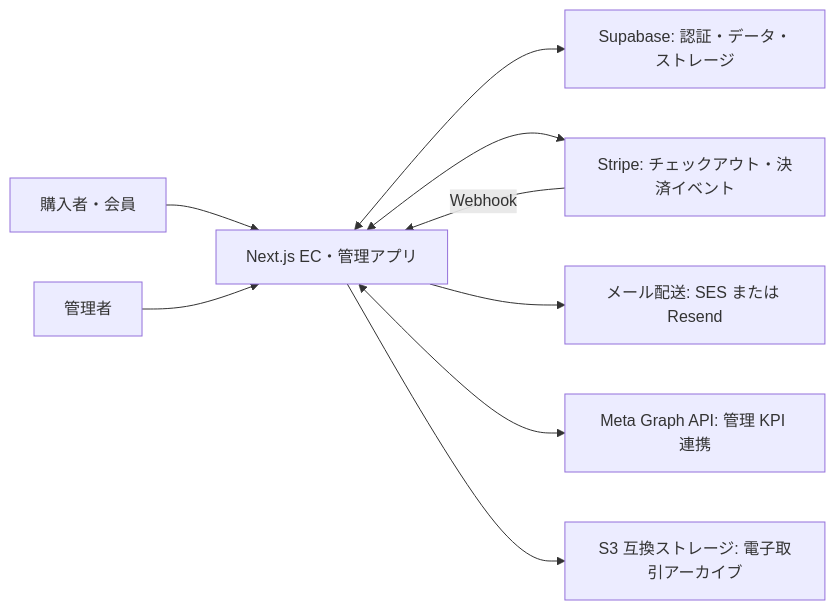
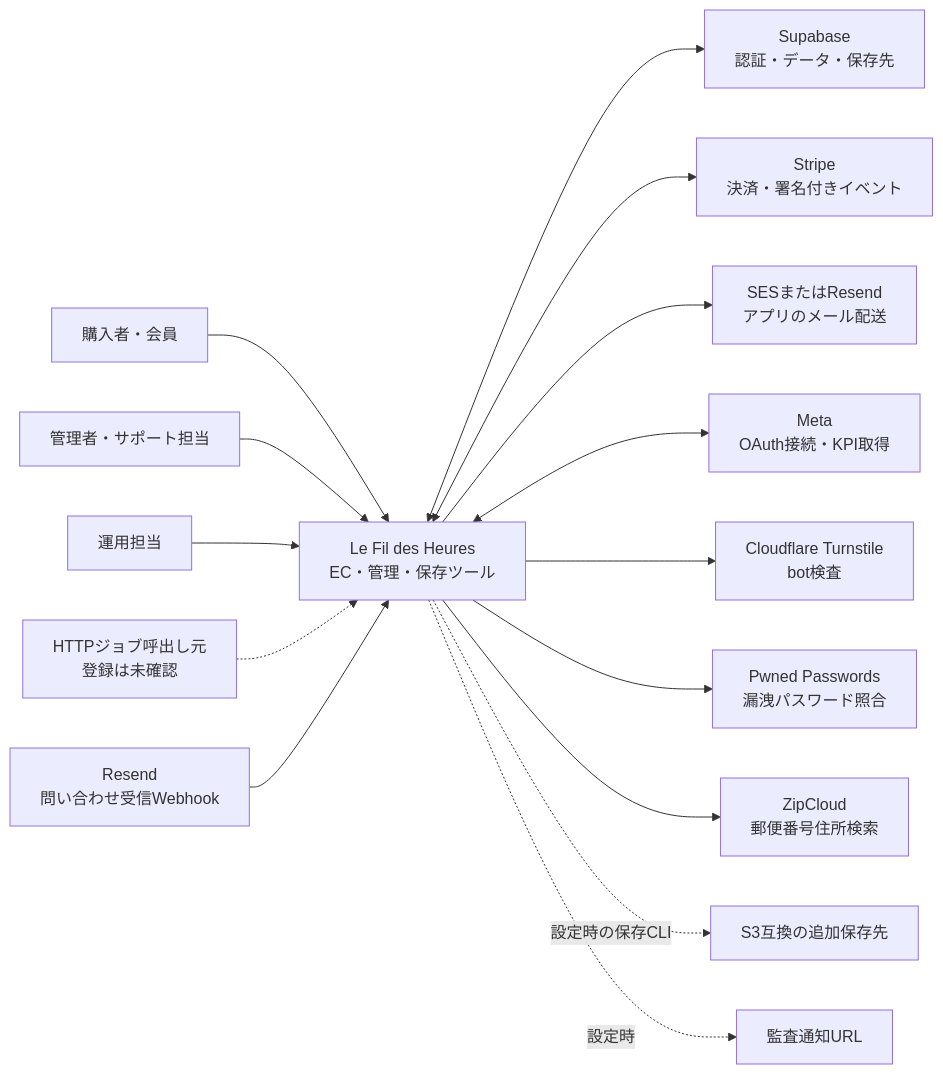
The diagram in docs/01_Planning/system-context.md (ChocoWork/o_official), drawn with Mermaid before and after one commit. The commit also changed other lines of this file and 19 other files, not shown here.

````diff
--- a/docs/01_Planning/system-context.md
+++ b/docs/01_Planning/system-context.md
@@ -11,11 +11,17 @@
 ```mermaid
 flowchart LR
-    Shopper[購入者・会員] --> App[Next.js EC・管理アプリ]
-    Admin[管理者] --> App
-    App <--> Supabase[Supabase: 認証・データ・ストレージ]
-    App <--> Stripe[Stripe: チェックアウト・決済イベント]
-    App --> Mail[メール配送: SES または Resend]
-    App <--> Meta[Meta Graph API: 管理 KPI 連携]
-    App --> S3[S3 互換ストレージ: 電子取引アーカイブ]
-    Stripe -->|Webhook| App
+  Shopper[購入者・会員] --> System[Le Fil des Heures<br/>EC・管理・保存ツール]
+  Admin[管理者・サポート担当] --> System
+  Operator[運用担当] --> System
+  Cron[HTTPジョブ呼出し元<br/>登録は未確認] -.-> System
+  System <--> Supabase[Supabase<br/>認証・データ・保存先]
+  System <--> Stripe[Stripe<br/>決済・署名付きイベント]
+  System --> Mail[SESまたはResend<br/>アプリのメール配送]
+  Resend[Resend<br/>問い合わせ受信Webhook] --> System
+  System <--> Meta[Meta<br/>OAuth接続・KPI取得]
+  System --> Bot[Cloudflare Turnstile<br/>bot検査]
+  System --> HIBP[Pwned Passwords<br/>漏洩パスワード照合]
+  System --> Zip[ZipCloud<br/>郵便番号住所検索]
+  System -. 設定時の保存CLI .-> S3[S3互換の追加保存先]
+  System -. 設定時 .-> Audit[監査通知URL]
 ```
````
